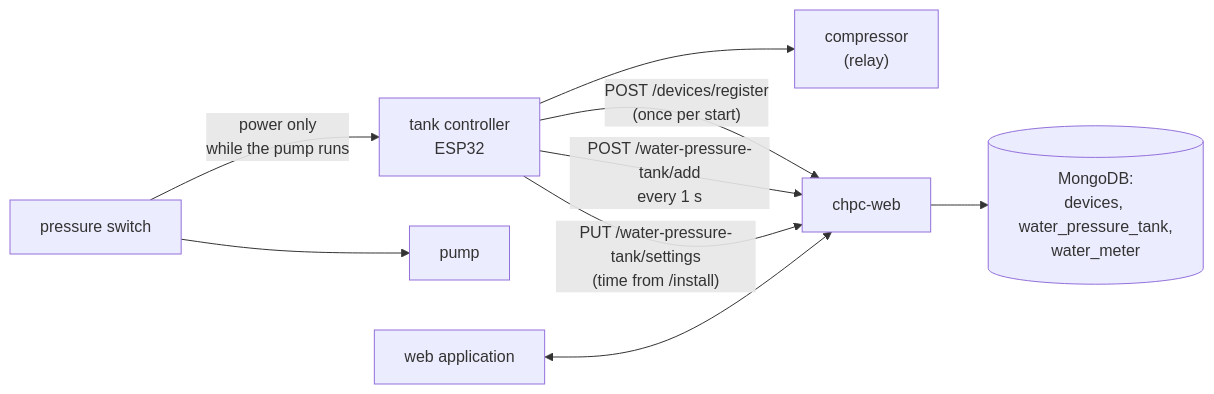
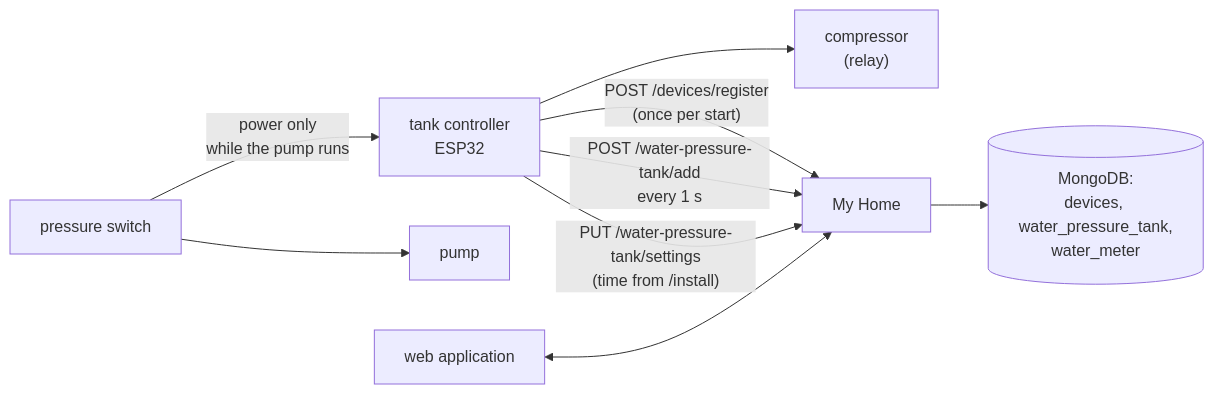
One commit to robertorlowski/chpc-web changed the first of 5 diagrams in docs/en/moduly/water-pressure-tank/2-how-it-works.md. Above: the diagram before and after it, drawn with Mermaid. The commit also changed 37 other files, not shown here.

First line of the commit message:
Dokumentacja: nazwa systemu My Home zamiast chpc-web, README po angielsku

````diff
--- a/docs/en/moduly/water-pressure-tank/2-how-it-works.md
+++ b/docs/en/moduly/water-pressure-tank/2-how-it-works.md
@@ -7,11 +7,11 @@
 ```mermaid
 flowchart LR
     PS["pressure switch"] -- "power only<br/>while the pump runs" --> ESP["tank controller<br/>ESP32"]
     PS --> PUMP["pump"]
     ESP --> COMP["compressor<br/>(relay)"]
-    ESP -- "POST /devices/register<br/>(once per start)" --> SRV["chpc-web"]
+    ESP -- "POST /devices/register<br/>(once per start)" --> SRV["My Home"]
     ESP -- "POST /water-pressure-tank/add<br/>every 1 s" --> SRV
     ESP -- "PUT /water-pressure-tank/settings<br/>(time from /install)" --> SRV
     SRV --> DB[("MongoDB:<br/>devices, water_pressure_tank,<br/>water_meter")]
     WEB["web application"] <--> SRV
 ```
````
